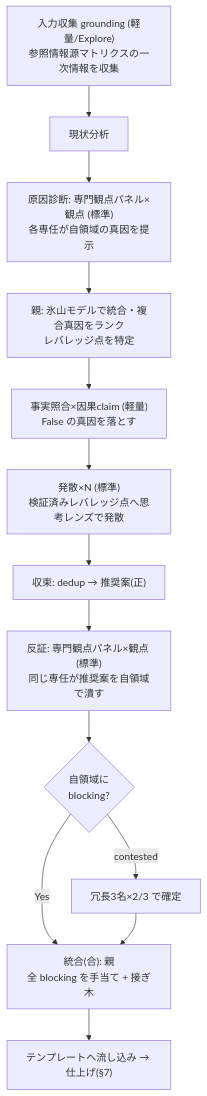
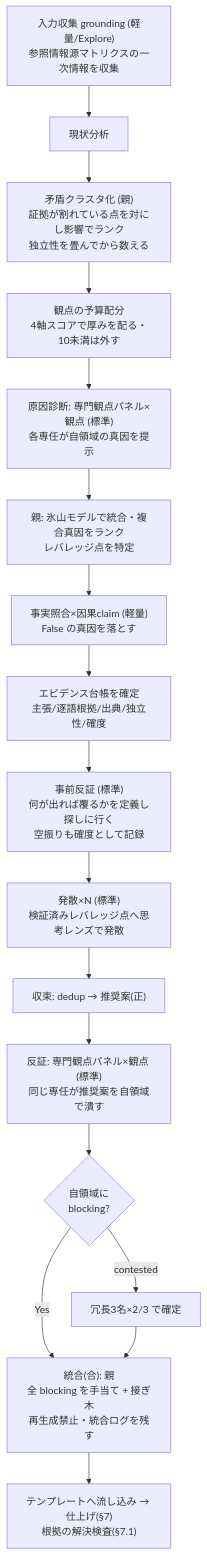
One commit to anytime-trial/anytime-markdown changed the diagram in packages/vscode-agent-extension/skills/anytime-analysis/references/deep-dive.md. Above: the diagram before and after it, drawn with Mermaid. The commit also changed other lines of this file and 2 other files, not shown here.

````diff
--- a/packages/vscode-agent-extension/skills/anytime-analysis/references/deep-dive.md
+++ b/packages/vscode-agent-extension/skills/anytime-analysis/references/deep-dive.md
@@ -83,15 +146,19 @@
 ```mermaid
 flowchart TD
     GR["入力収集 grounding (軽量/Explore)<br/>参照情報源マトリクスの一次情報を収集"] --> AN["現状分析"]
-    AN --> DG["原因診断: 専門観点パネル×観点 (標準)<br/>各専任が自領域の真因を提示"]
+    AN --> CL["矛盾クラスタ化 (親)<br/>証拠が割れている点を対にし影響でランク<br/>独立性を畳んでから数える"]
+    CL --> BD["観点の予算配分<br/>4軸スコアで厚みを配る・10未満は外す"]
+    BD --> DG["原因診断: 専門観点パネル×観点 (標準)<br/>各専任が自領域の真因を提示"]
     DG --> M["親: 氷山モデルで統合・複合真因をランク<br/>レバレッジ点を特定"]
     M --> VC["事実照合×因果claim (軽量)<br/>False の真因を落とす"]
-    VC --> D["発散×N (標準)<br/>検証済みレバレッジ点へ思考レンズで発散"]
+    VC --> EL["エビデンス台帳を確定<br/>主張/逐語根拠/出典/独立性/確度"]
+    EL --> PR["事前反証 (標準)<br/>何が出れば覆るかを定義し探しに行く<br/>空振りも確度として記録"]
+    PR --> D["発散×N (標準)<br/>検証済みレバレッジ点へ思考レンズで発散"]
     D --> C["収束: dedup → 推奨案(正)"]
     C --> P["反証: 専門観点パネル×観点 (標準)<br/>同じ専任が推奨案を自領域で潰す"]
     P --> B{"自領域に<br/>blocking?"}
-    B -->|Yes| S["統合(合): 親<br/>全 blocking を手当て + 接ぎ木"]
+    B -->|Yes| S["統合(合): 親<br/>全 blocking を手当て + 接ぎ木<br/>再生成禁止・統合ログを残す"]
     B -->|contested| Q["冗長3名×2/3 で確定"]
     Q --> S
-    S --> O["テンプレートへ流し込み → 仕上げ(§7)"]
+    S --> O["テンプレートへ流し込み → 仕上げ(§7)<br/>根拠の解決検査(§7.1)"]
 ```
````
